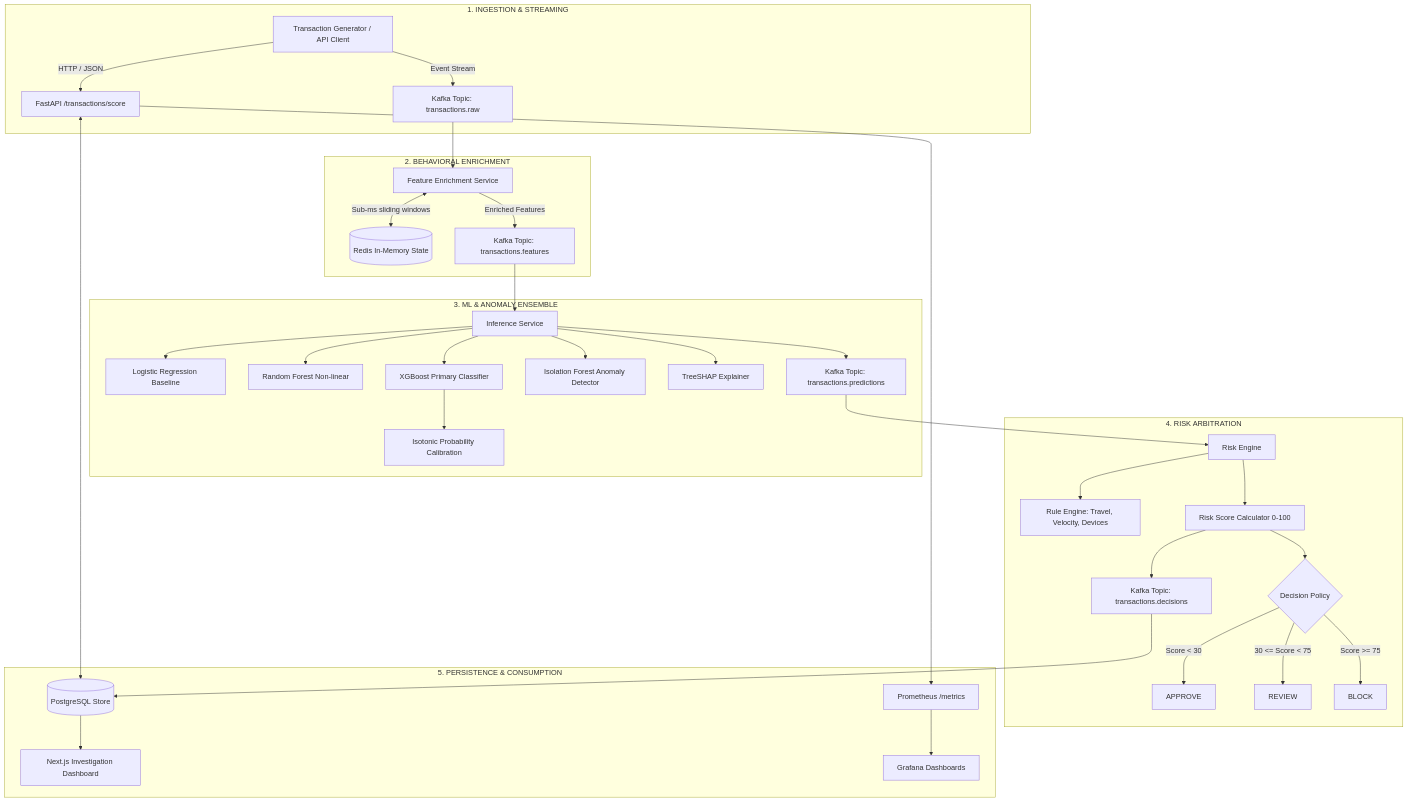
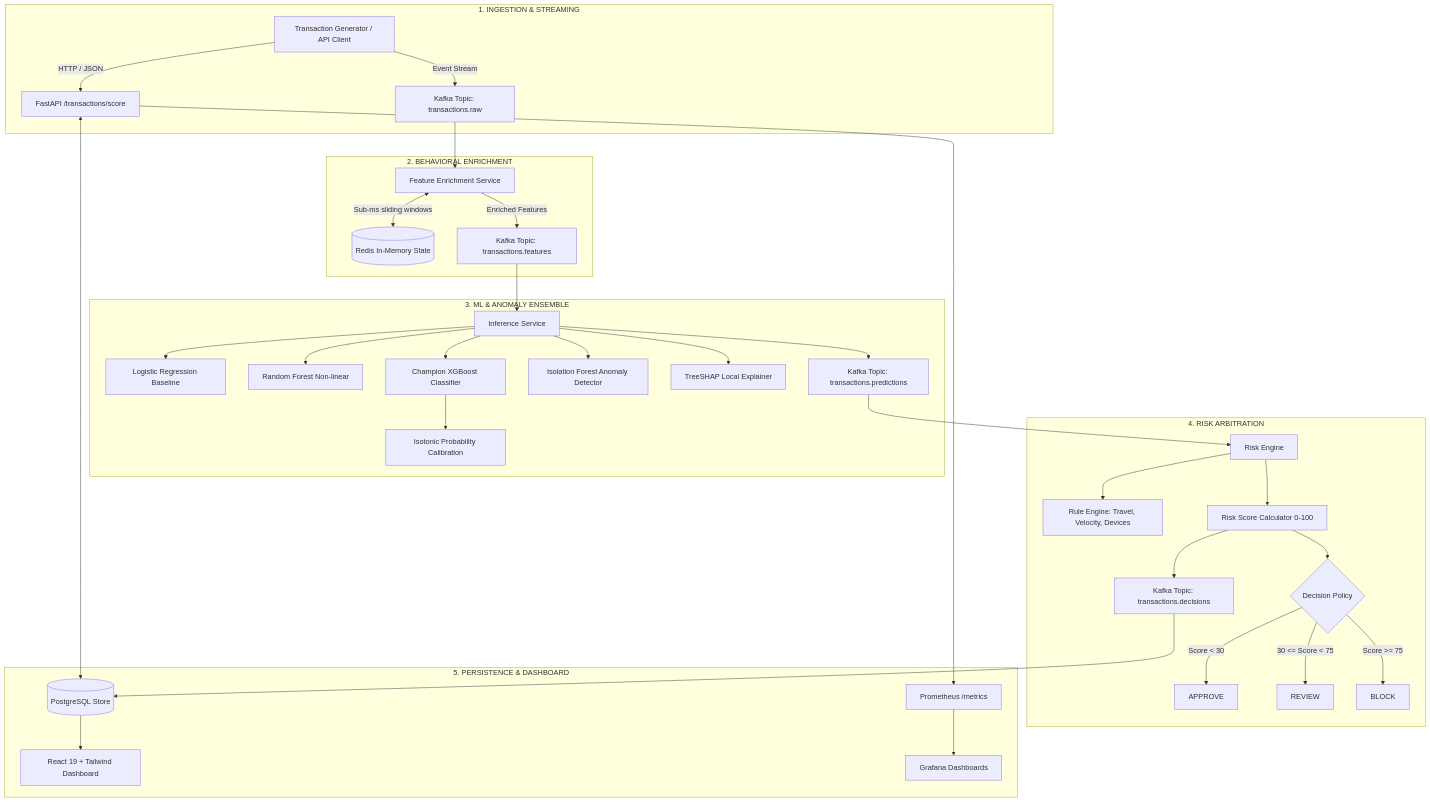
Before and after one commit to ahmadmdsajid129/real-time-payment-fraud-detection: the diagram in README.md, drawn with Mermaid. The commit also changed other lines of this file, not shown here.

Commit message:
docs(readme): update portfolio showcase with empirical leaderboard, benchmark slas, react dashboard, and security audit

````diff
--- a/README.md
+++ b/README.md
@@ -19,43 +22,43 @@
 ```mermaid
 flowchart TD
     subgraph INGESTION["1. INGESTION & STREAMING"]
         GEN[Transaction Generator / API Client] -->|HTTP / JSON| API[FastAPI /transactions/score]
         GEN -->|Event Stream| K_RAW[Kafka Topic: transactions.raw]
     end
 
     subgraph STATE["2. BEHAVIORAL ENRICHMENT"]
         K_RAW --> FS[Feature Enrichment Service]
         FS <-->|Sub-ms sliding windows| REDIS[(Redis In-Memory State)]
         FS -->|Enriched Features| K_FEAT[Kafka Topic: transactions.features]
     end
 
     subgraph INFERENCE["3. ML & ANOMALY ENSEMBLE"]
         K_FEAT --> INF[Inference Service]
         INF --> LR[Logistic Regression Baseline]
         INF --> RF[Random Forest Non-linear]
-        INF --> XGB[XGBoost Primary Classifier]
+        INF --> XGB[Champion XGBoost Classifier]
         XGB --> CALIB[Isotonic Probability Calibration]
         INF --> IF[Isolation Forest Anomaly Detector]
-        INF --> SHAP_EXP[TreeSHAP Explainer]
+        INF --> SHAP_EXP[TreeSHAP Local Explainer]
         INF --> K_PRED[Kafka Topic: transactions.predictions]
     end
 
     subgraph DECISION["4. RISK ARBITRATION"]
         K_PRED --> RE[Risk Engine]
         RE --> RULES[Rule Engine: Travel, Velocity, Devices]
         RE --> ARB[Risk Score Calculator 0-100]
         ARB --> DEC{Decision Policy}
         DEC -->|Score < 30| APP[APPROVE]
         DEC -->|30 <= Score < 75| REV[REVIEW]
         DEC -->|Score >= 75| BLK[BLOCK]
         ARB --> K_DEC[Kafka Topic: transactions.decisions]
     end
 
-    subgraph DURABILITY["5. PERSISTENCE & CONSUMPTION"]
+    subgraph DURABILITY["5. PERSISTENCE & DASHBOARD"]
         K_DEC --> DB[(PostgreSQL Store)]
-        DB --> DASH[Next.js Investigation Dashboard]
+        DB --> UI[React 19 + Tailwind Dashboard]
         API <--> DB
         API --> PROM[Prometheus /metrics]
         PROM --> GRAF[Grafana Dashboards]
     end
 ```
````
